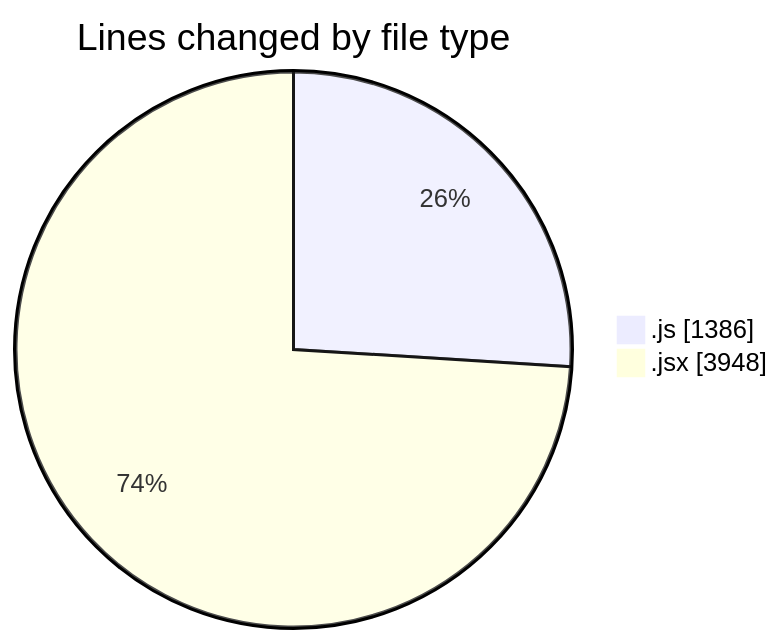
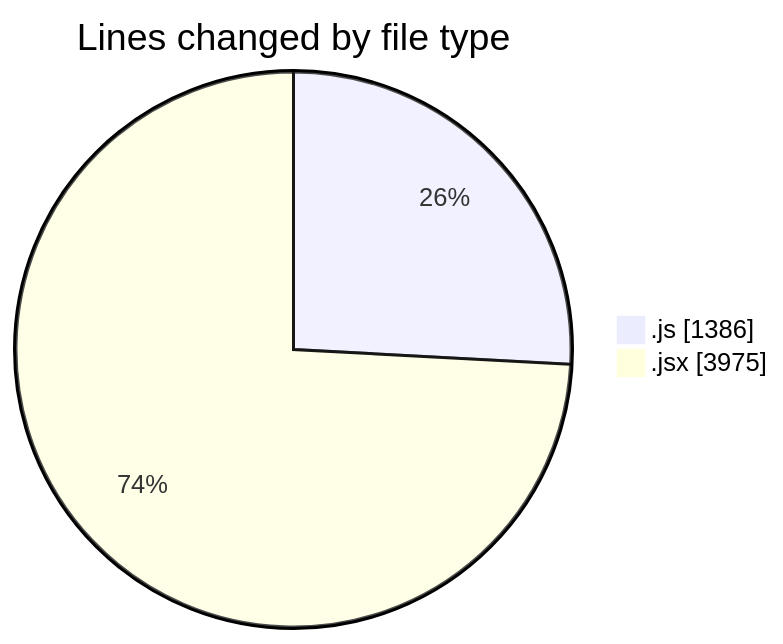
The first of 2 diagrams in 2026-01-19/nxtqube_webapp/README.md (nxtqubesakshisongat/code-tracking), drawn with Mermaid before and after one commit. The commit also changed other lines of this file and 1 other file, not shown here.

````diff
--- a/2026-01-19/nxtqube_webapp/README.md
+++ b/2026-01-19/nxtqube_webapp/README.md
@@ -28,6 +28,6 @@
 ```mermaid
 pie showData
 title Lines changed by file type
 ".js" : 1386
-".jsx" : 3948
+".jsx" : 3975
 ```
````
